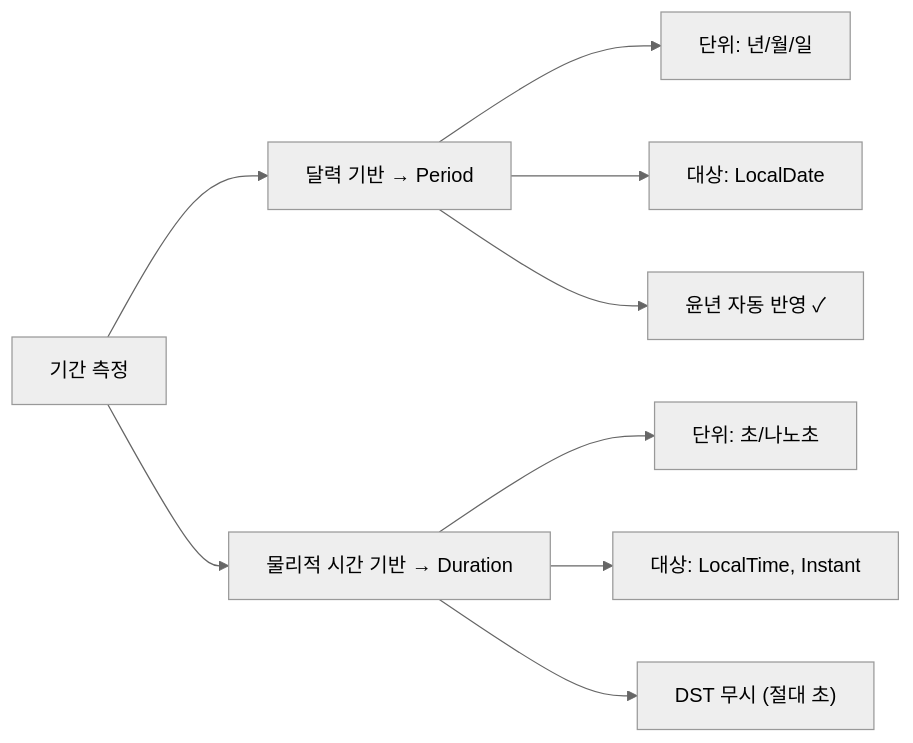
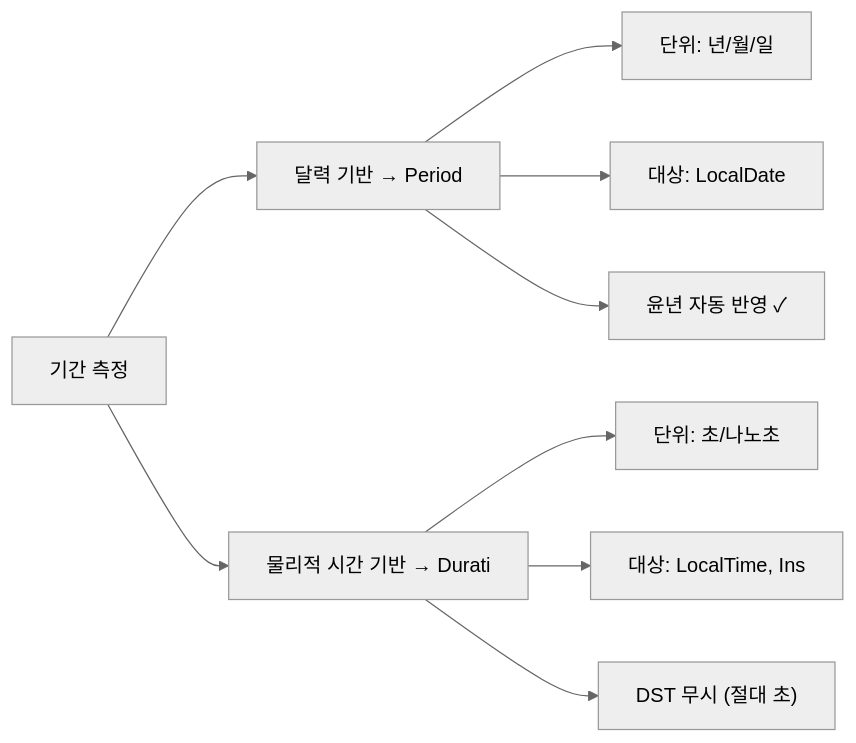
The fourth of 5 diagrams in _posts/java/2026-05-01-java-datetime.md (yjkim2015/yjkim2015.github.io), drawn with Mermaid (neutral theme) before and after one commit. The commit also changed other lines of this file and 271 other files, not shown here.

First line of the commit message:
Mermaid 라벨 축소: 긴 노드 텍스트 18자 이하로 트림 + \n 제거

````diff
--- a/_posts/java/2026-05-01-java-datetime.md
+++ b/_posts/java/2026-05-01-java-datetime.md
@@ -348,11 +348,11 @@
 ```mermaid
 graph LR
     A["기간 측정"] --> B["달력 기반 → Period"]
-    A --> C["물리적 시간 기반 → Duration"]
+    A --> C["물리적 시간 기반 → Durati"]
     B --> D["단위: 년/월/일"]
     B --> E["대상: LocalDate"]
     B --> F["윤년 자동 반영 ✓"]
     C --> G["단위: 초/나노초"]
-    C --> H["대상: LocalTime, Instant"]
+    C --> H["대상: LocalTime, Ins"]
     C --> I["DST 무시 (절대 초)"]
 ```
````
